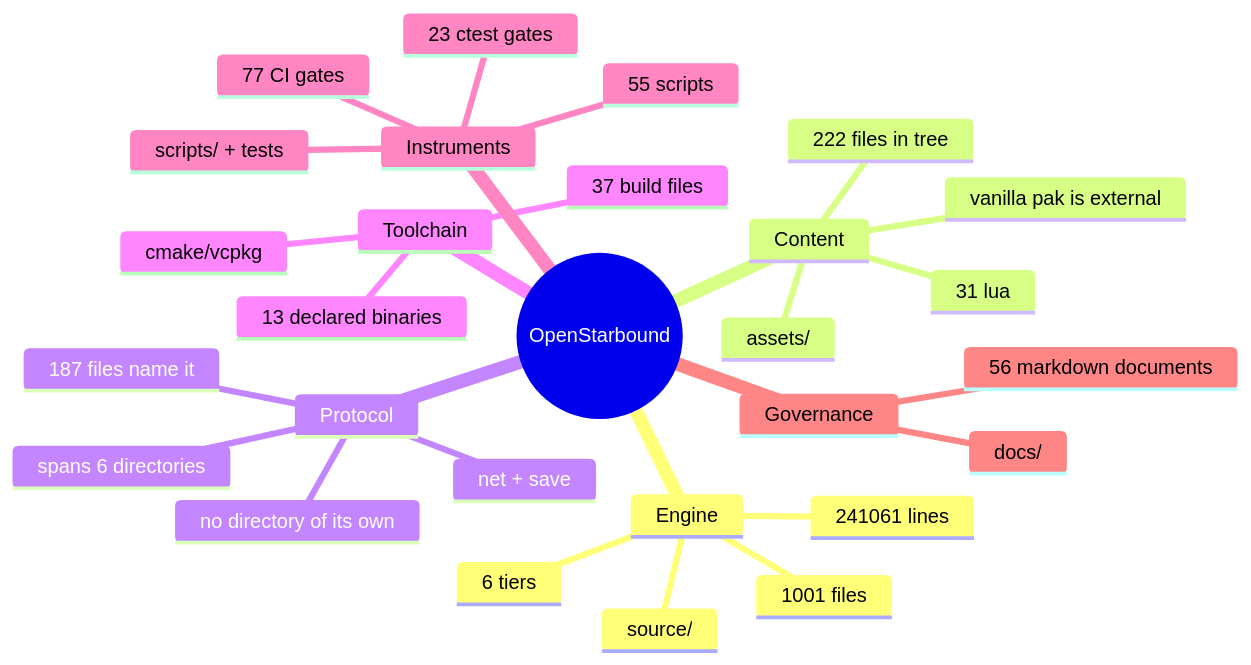
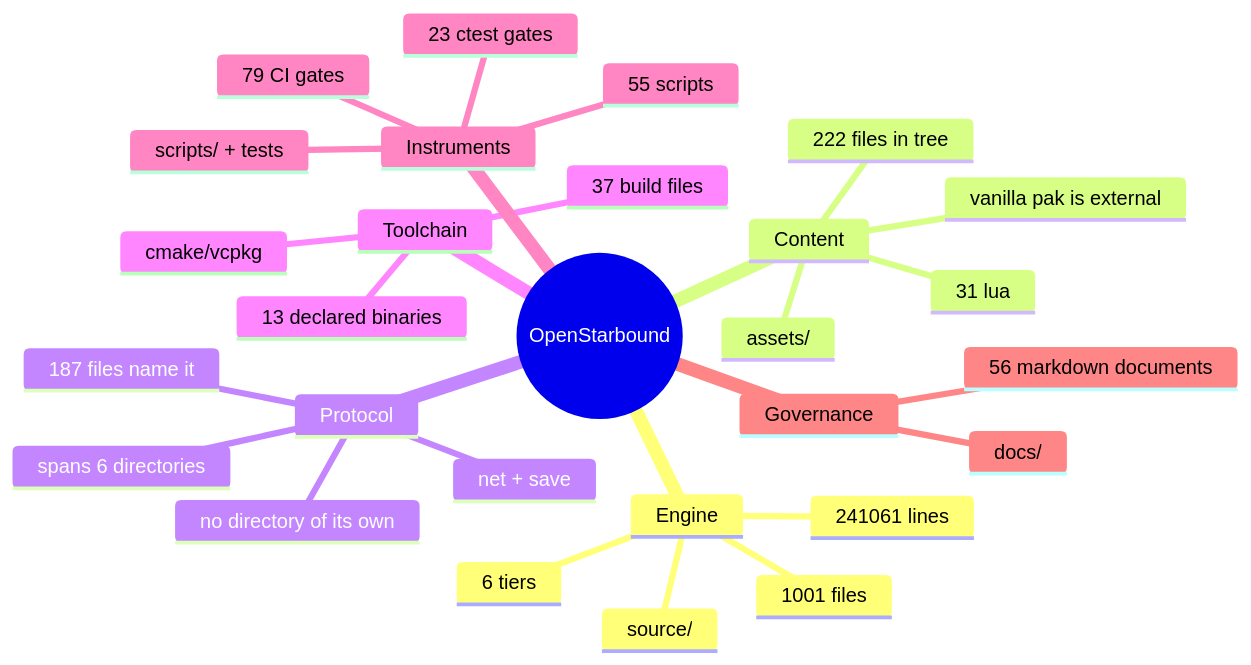
The second of 11 diagrams in docs/architecture/system-boundaries.md (apnex/OpenStarbound), drawn with Mermaid before and after one commit. The commit also changed 7 other files, not shown here.

````diff
--- a/docs/architecture/system-boundaries.md
+++ b/docs/architecture/system-boundaries.md
@@ -166,31 +166,31 @@
 ```mermaid
 mindmap
   root((OpenStarbound))
     Engine
       source/
       1001 files
       241061 lines
       6 tiers
     Content
       assets/
       222 files in tree
       31 lua
       vanilla pak is external
     Protocol
       net + save
       187 files name it
       spans 6 directories
       no directory of its own
     Toolchain
       cmake/vcpkg
       37 build files
       13 declared binaries
     Instruments
       scripts/ + tests
       55 scripts
       23 ctest gates
-      77 CI gates
+      79 CI gates
     Governance
       docs/
       56 markdown documents
 ```
````
